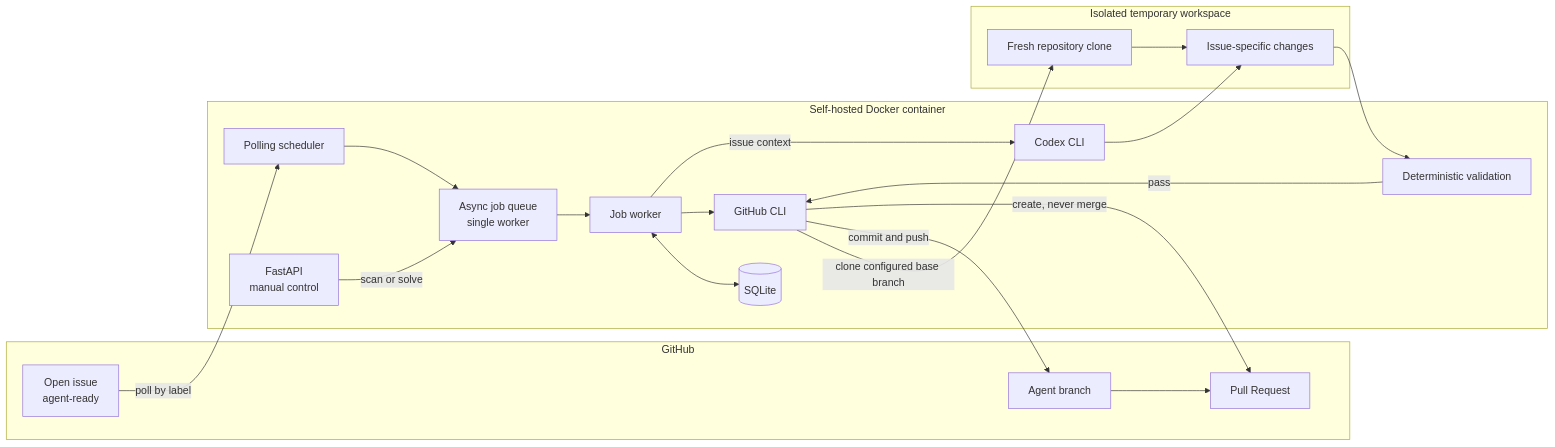
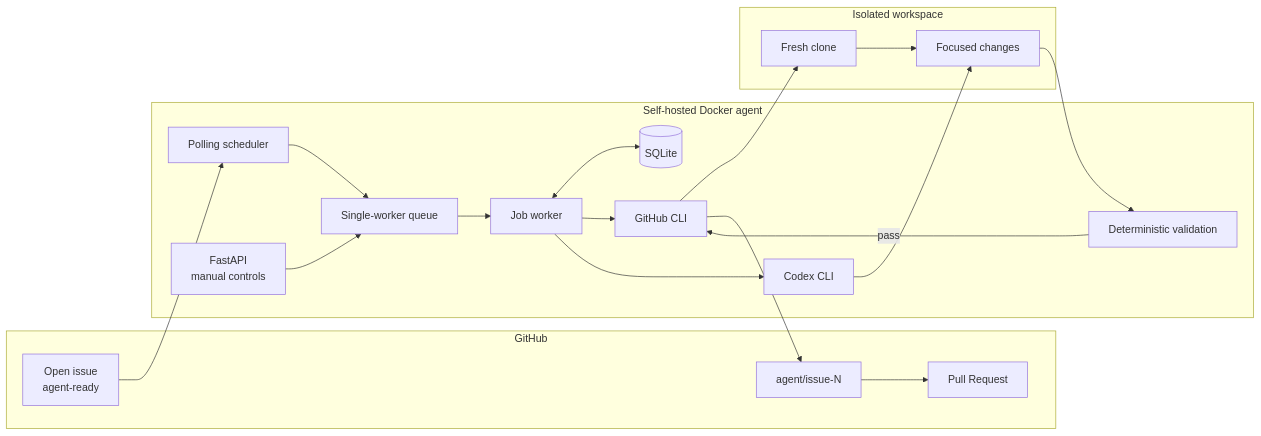
One commit to Guillermelo/codex-issue-worker changed the first of 2 diagrams in README.md. Above: the diagram before and after it, drawn with Mermaid. The commit also changed other lines of this file, not shown here.

````diff
--- a/README.md
+++ b/README.md
@@ -54,40 +69,39 @@
 ```mermaid
 flowchart LR
     subgraph github[GitHub]
         issue[Open issue<br/>agent-ready]
-        branch[Agent branch]
+        branch[agent/issue-N]
         pr[Pull Request]
     end
 
-    subgraph container[Self-hosted Docker container]
+    subgraph agent[Self-hosted Docker agent]
         scheduler[Polling scheduler]
-        api[FastAPI<br/>manual control]
-        queue[Async job queue<br/>single worker]
+        api[FastAPI<br/>manual controls]
+        queue[Single-worker queue]
         worker[Job worker]
         database[(SQLite)]
         gh[GitHub CLI]
         codex[Codex CLI]
         validation[Deterministic validation]
     end
 
-    subgraph workspace[Isolated temporary workspace]
-        checkout[Fresh repository clone]
-        changes[Issue-specific changes]
+    subgraph workspace[Isolated workspace]
+        clone[Fresh clone]
+        changes[Focused changes]
     end
 
-    issue -->|poll by label| scheduler
+    issue --> scheduler
     scheduler --> queue
-    api -->|scan or solve| queue
+    api --> queue
     queue --> worker
     worker <--> database
     worker --> gh
-    gh -->|clone configured base branch| checkout
-    worker -->|issue context| codex
+    gh --> clone
+    worker --> codex
+    clone --> changes
     codex --> changes
-    checkout --> changes
     changes --> validation
     validation -->|pass| gh
-    gh -->|commit and push| branch
+    gh --> branch
     branch --> pr
-    gh -->|create, never merge| pr
 ```
````
